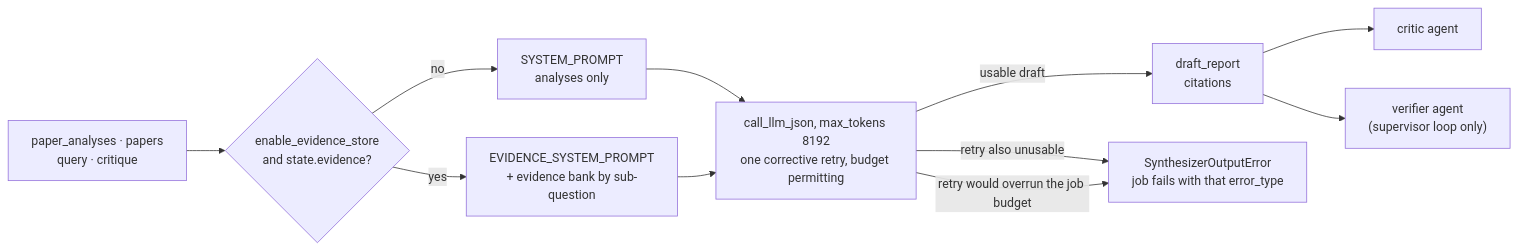
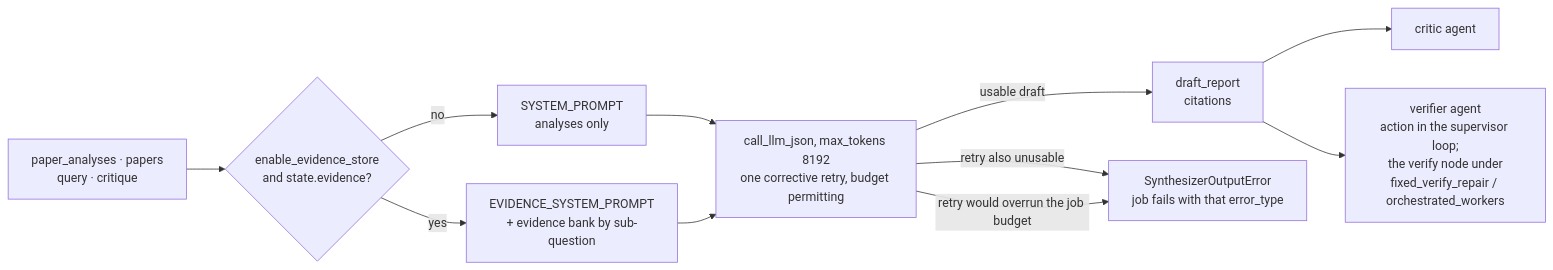
One commit to kudratsingh/arxiv-research-agent changed the diagram in docs/agents/synthesizer.md. Above: the diagram before and after it, drawn with Mermaid. The commit also changed other lines of this file and 18 other files, not shown here.

````diff
--- a/docs/agents/synthesizer.md
+++ b/docs/agents/synthesizer.md
@@ -16,13 +16,13 @@
 ```mermaid
 flowchart LR
   IN["paper_analyses · papers<br/>query · critique"] --> PATH{"enable_evidence_store<br/>and state.evidence?"}
   PATH -->|"no"| BASE["SYSTEM_PROMPT<br/>analyses only"]
   PATH -->|"yes"| EVI["EVIDENCE_SYSTEM_PROMPT<br/>+ evidence bank by sub-question"]
   BASE --> CALL["call_llm_json, max_tokens 8192<br/>one corrective retry, budget permitting"]
   EVI --> CALL
   CALL -->|"usable draft"| OUT["draft_report<br/>citations"]
   CALL -->|"retry also unusable"| ERR["SynthesizerOutputError<br/>job fails with that error_type"]
   CALL -->|"retry would overrun the job budget"| ERR
   OUT --> CRITIC["critic agent"]
-  OUT --> VER["verifier agent<br/>(supervisor loop only)"]
+  OUT --> VER["verifier agent<br/>action in the supervisor loop;<br/>the verify node under<br/>fixed_verify_repair / orchestrated_workers"]
 ```
````
